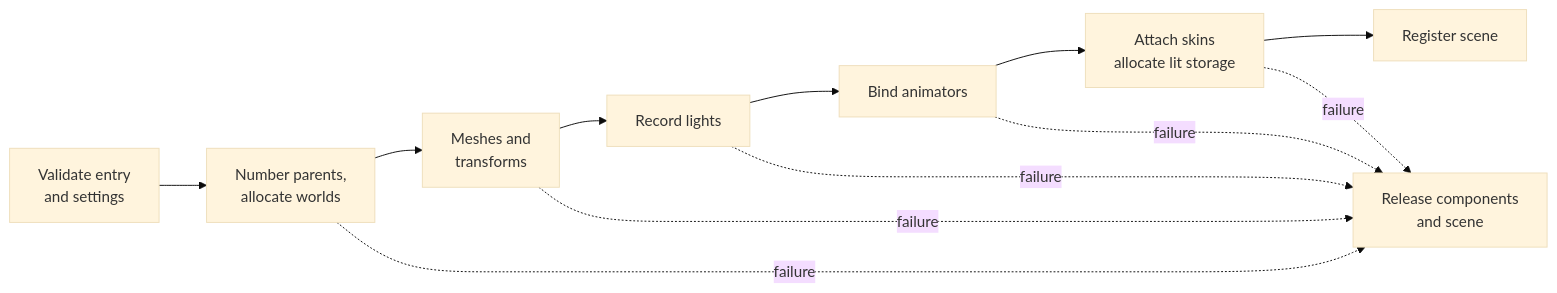
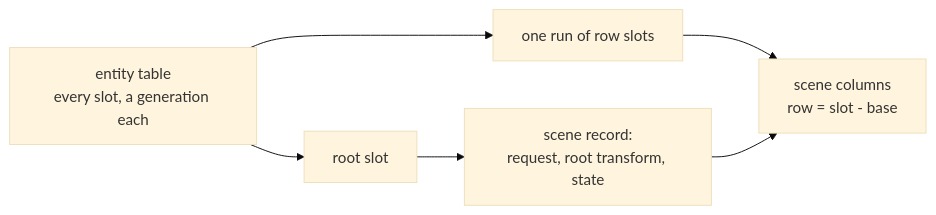
One commit to jose-villegas/autana changed the diagram in docs/render/scene/Scene-Manager.md. Above: the diagram before and after it, drawn with Mermaid (base theme). The commit also changed other lines of this file and 97 other files, not shown here.

First line of the commit message:
scene: one world of generational entities; scenes load async as subtrees under a root (autana-91u9d) (#1448)

````diff
--- a/docs/render/scene/Scene-Manager.md
+++ b/docs/render/scene/Scene-Manager.md
@@ -188,10 +27,8 @@
 ```mermaid
 flowchart LR
-    Entry["Validate entry<br/>and settings"] --> Worlds["Number parents,<br/>allocate worlds"]
-    Worlds --> Mesh["Meshes and<br/>transforms"]
-    Mesh --> Lights["Record lights"]
-    Lights --> Anim["Bind animators"]
-    Anim --> Skins["Attach skins<br/>allocate lit storage"]
-    Skins --> Ready["Register scene"]
-    Worlds & Mesh & Lights & Anim & Skins -. failure .-> Cleanup["Release components<br/>and scene"]
+    Table["entity table<br/>every slot, a generation each"] --> RootA["root slot"]
+    Table --> RowsA["one run of row slots"]
+    RootA --> RecA["scene record:<br/>request, root transform, state"]
+    RowsA --> ColA["scene columns<br/>row = slot - base"]
+    RecA --> ColA
 ```
````
